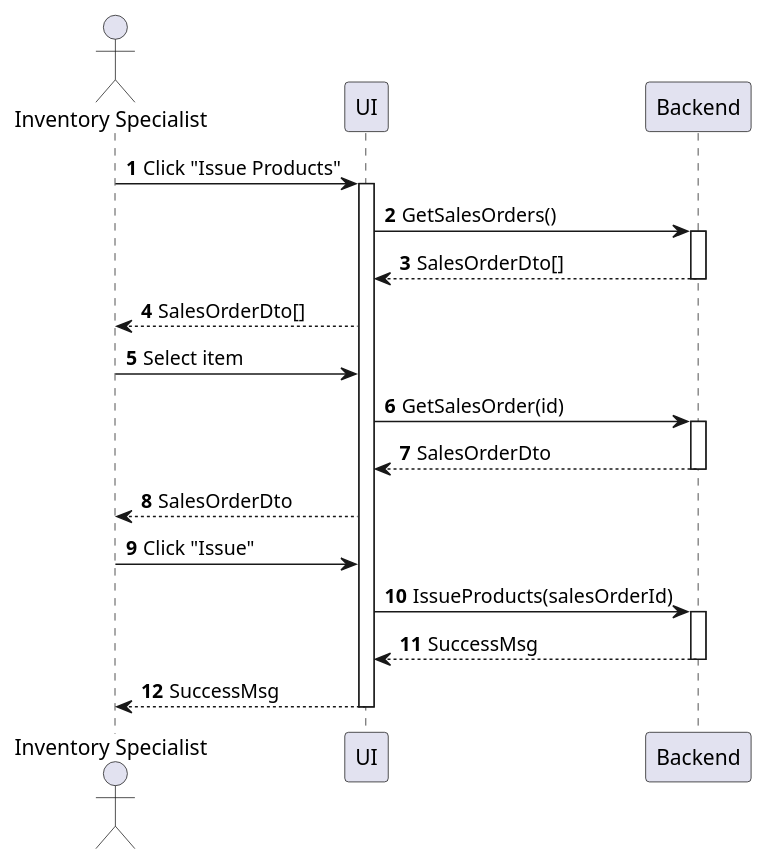
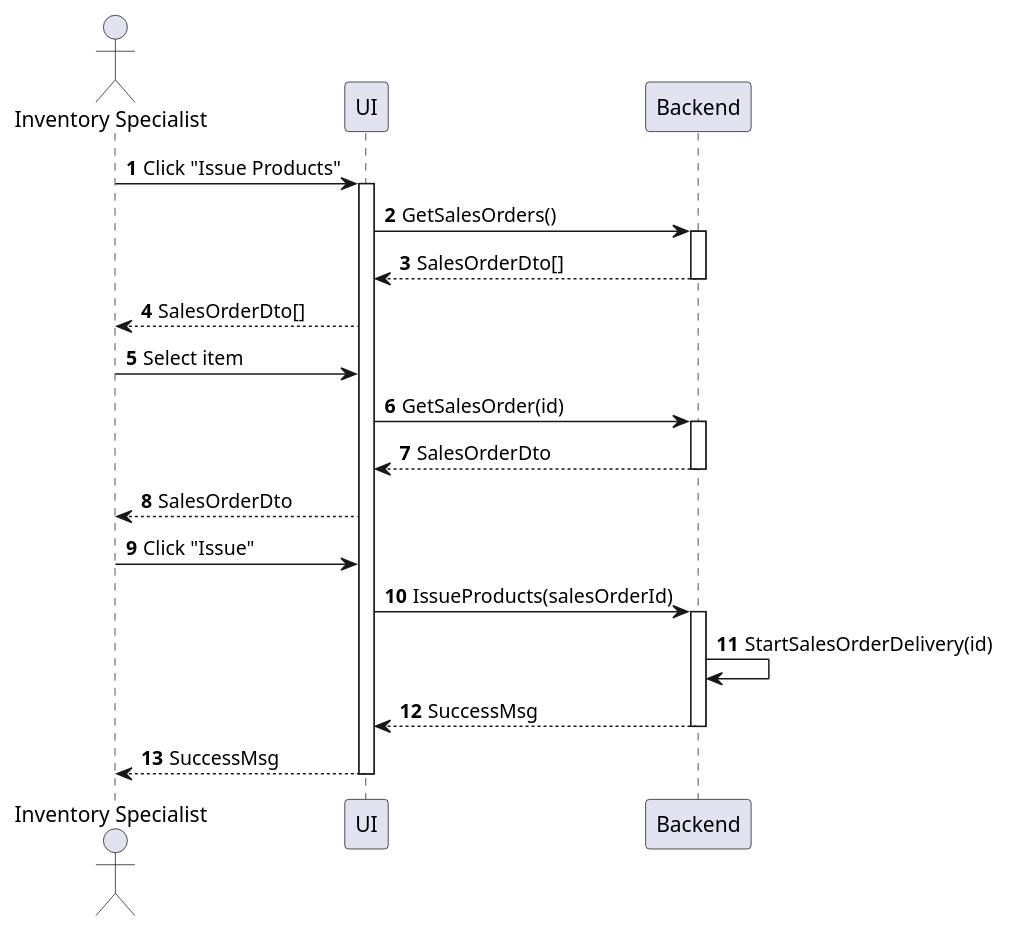
The diagram in sequences/inventory-product-issue.plantuml (phihungha/scmss-reqs), drawn with PlantUML before and after one commit. The commit also changed 11 other files, not shown here.

```diff
--- a/sequences/inventory-product-issue.plantuml
+++ b/sequences/inventory-product-issue.plantuml
@@ -1,24 +1,25 @@
 @startuml inventory-product-issue
 autonumber
 
 actor "Inventory Specialist" as a
 participant UI as f
 participant Backend as b
 
 a -> f : Click "Issue Products"
 activate f
 f -> b : GetSalesOrders()
 activate b
 return SalesOrderDto[]
 f --> a : SalesOrderDto[]
 a -> f : Select item
 f -> b : GetSalesOrder(id)
 activate b
 return SalesOrderDto
 f --> a : SalesOrderDto
 a -> f : Click "Issue"
 f -> b : IssueProducts(salesOrderId)
 activate b
+b -> b : StartSalesOrderDelivery(id)
 return SuccessMsg
 return SuccessMsg
 @enduml
```
